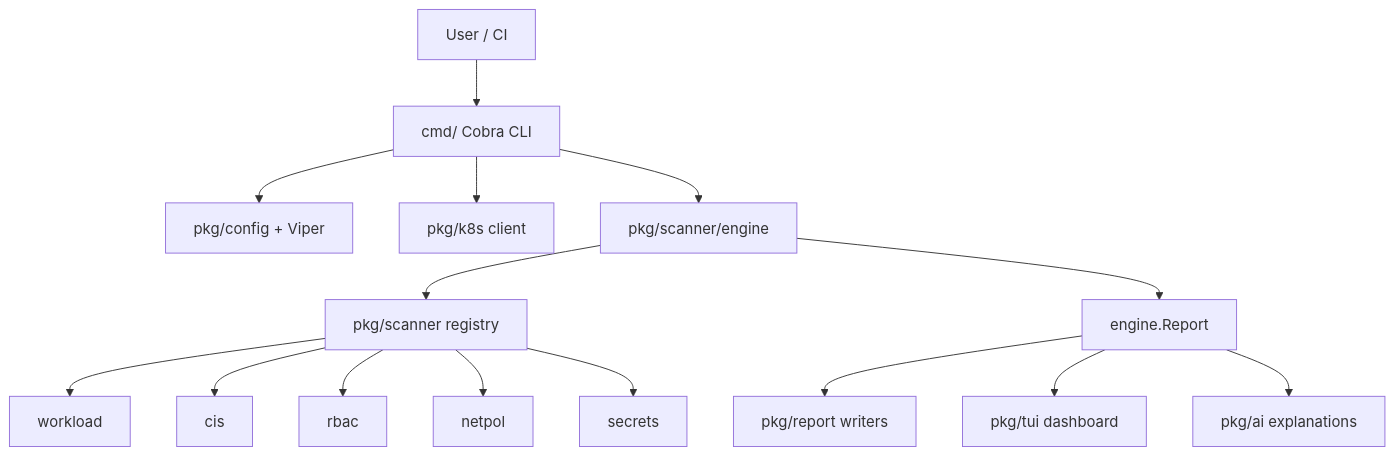
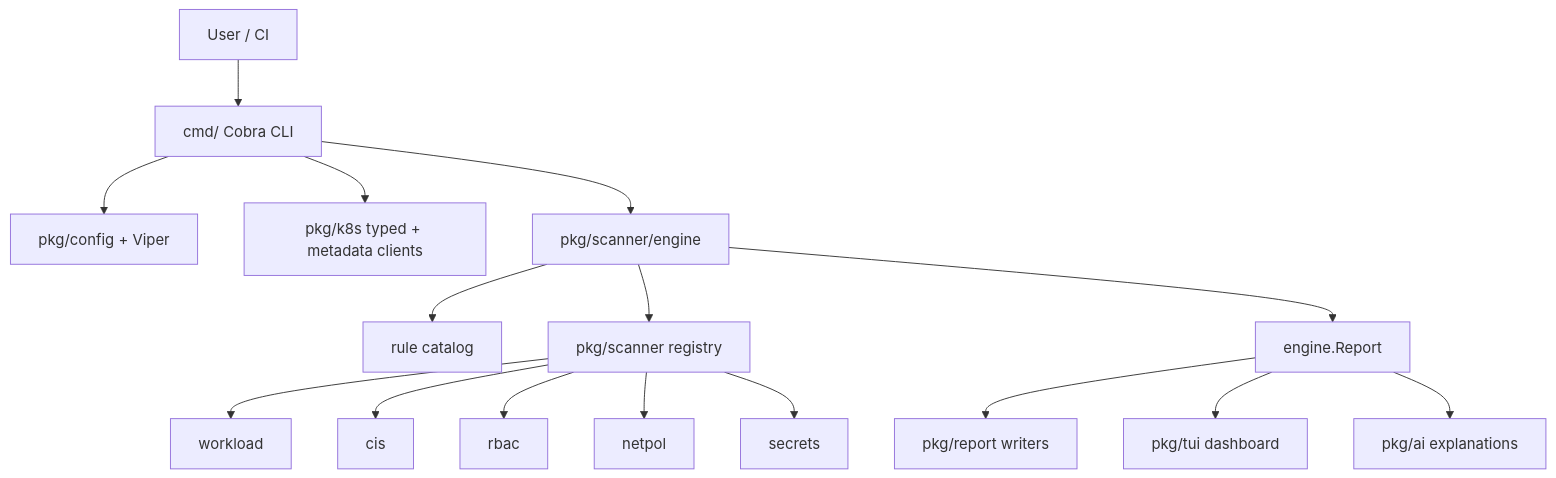
Before and after one commit to RamazanKara/kube-shield: the first of 2 diagrams in docs/ARCHITECTURE.md, drawn with Mermaid. The commit also changed other lines of this file and 54 other files, not shown here.

````diff
--- a/docs/ARCHITECTURE.md
+++ b/docs/ARCHITECTURE.md
@@ -47,17 +48,18 @@
 ```mermaid
 graph TD
     User["User / CI"] --> CLI["cmd/ Cobra CLI"]
     CLI --> Config["pkg/config + Viper"]
-    CLI --> K8s["pkg/k8s client"]
+    CLI --> K8s["pkg/k8s typed + metadata clients"]
     CLI --> Engine["pkg/scanner/engine"]
+    Engine --> Rules["rule catalog"]
     Engine --> Registry["pkg/scanner registry"]
     Registry --> Workload["workload"]
     Registry --> CIS["cis"]
     Registry --> RBAC["rbac"]
     Registry --> Netpol["netpol"]
     Registry --> Secrets["secrets"]
     Engine --> Report["engine.Report"]
     Report --> Writers["pkg/report writers"]
     Report --> TUI["pkg/tui dashboard"]
     Report --> AI["pkg/ai explanations"]
 ```
````
